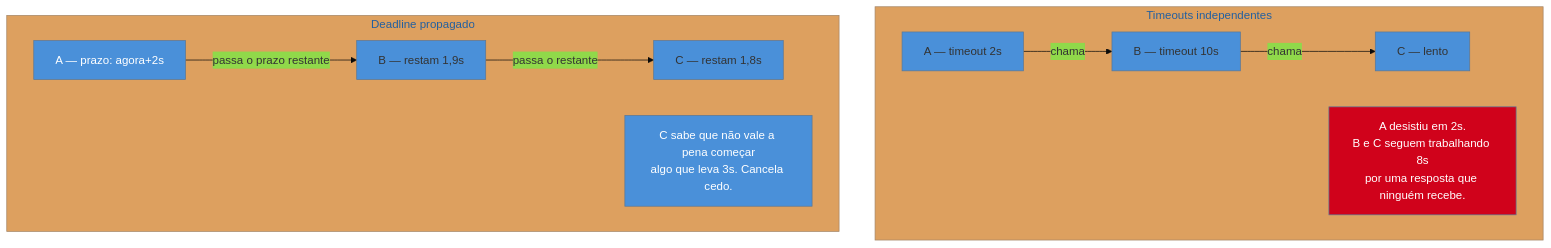
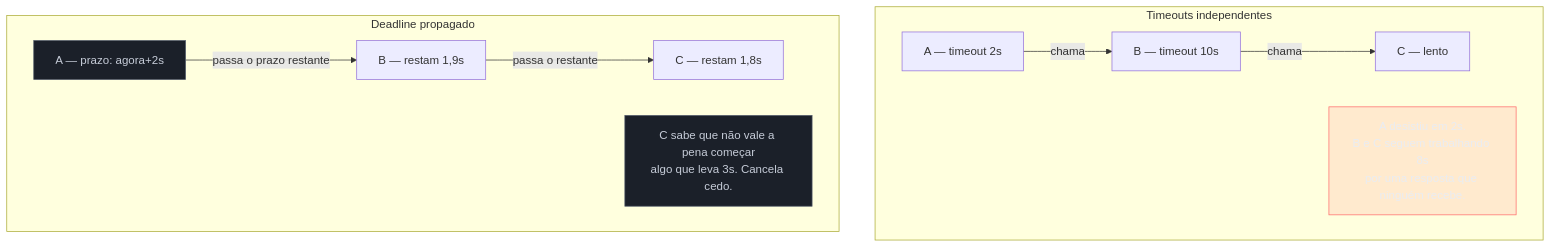
Before and after one commit to josenaldo/codex-technomanticus: the diagram in 03-Dominios/Engenharia/Design de Software/Padrões de Projeto/Nuvem e Resiliência/02 - Timeout.md, drawn with Mermaid. The commit also changed 1181 other files, not shown here.

First line of the commit message:
fix(diagramas): paleta do sistema no lugar de cor cravada no markdown

````diff
--- a/03-Dominios/Engenharia/Design de Software/Padrões de Projeto/Nuvem e Resiliência/02 - Timeout.md
+++ b/03-Dominios/Engenharia/Design de Software/Padrões de Projeto/Nuvem e Resiliência/02 - Timeout.md
@@ -59,19 +59,20 @@
 ```mermaid
-%%{init: {"theme": "base", "themeVariables": {"primaryColor": "#4A90D9"}}}%%
 graph TD
+    classDef falha fill:#FF6B6B24,stroke:#FF6B6B,color:#E9ECF2
+    classDef neutro fill:#1B2029,stroke:#4E5666,color:#C6CCD8
     subgraph I["Timeouts independentes"]
         A1["A — timeout 2s"] -->|"chama"| B1["B — timeout 10s"]
         B1 -->|"chama"| C1["C — lento"]
         N1["A desistiu em 2s.<br/>B e C seguem trabalhando 8s<br/>por uma resposta que ninguém recebe."]
     end
 
     subgraph P["Deadline propagado"]
         A2["A — prazo: agora+2s"] -->|"passa o prazo restante"| B2["B — restam 1,9s"]
         B2 -->|"passa o restante"| C2["C — restam 1,8s"]
         N2["C sabe que não vale a pena começar<br/>algo que leva 3s. Cancela cedo."]
     end
 
-    style N1 fill:#D0021B,color:#fff
-    style N2 fill:#4A90D9,color:#fff
-    style A2 fill:#4A90D9,color:#fff
+    class N1 falha
+    class N2 neutro
+    class A2 neutro
 ```
````
